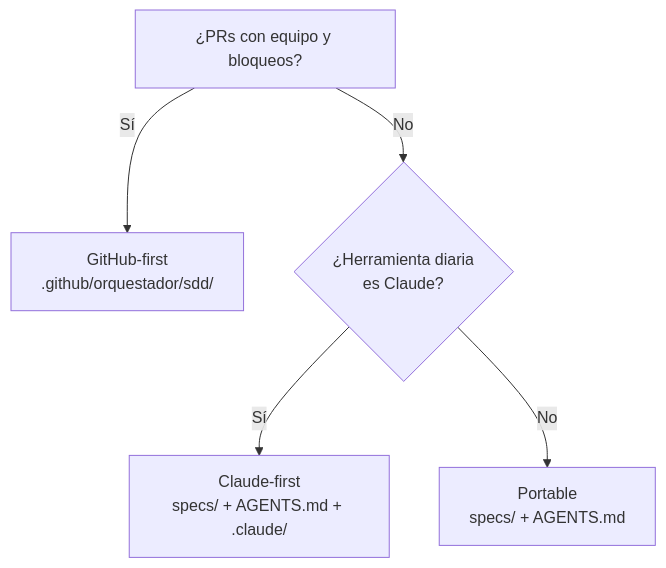
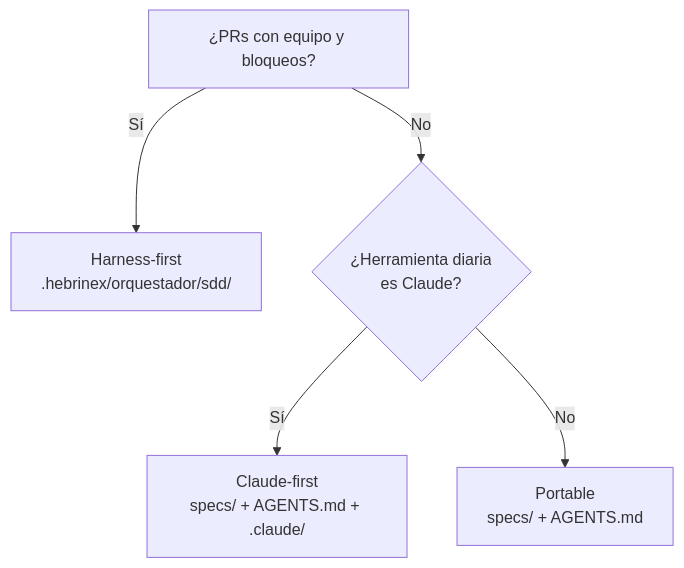
Before and after one commit to HebrineX/Hebri-AI-Structure: the diagram in biblia/vol-04-arquitectura-repo.md, drawn with Mermaid. The commit also changed other lines of this file and 16 other files, not shown here.

````diff
--- a/biblia/vol-04-arquitectura-repo.md
+++ b/biblia/vol-04-arquitectura-repo.md
@@ -99,7 +100,7 @@
 ```mermaid
 flowchart TD
-    A[¿PRs con equipo y bloqueos?] -->|Sí| B[GitHub-first<br/>.github/orquestador/sdd/]
+    A[¿PRs con equipo y bloqueos?] -->|Sí| B[Harness-first<br/>.hebrinex/orquestador/sdd/]
     A -->|No| C{¿Herramienta diaria<br/>es Claude?}
     C -->|Sí| D[Claude-first<br/>specs/ + AGENTS.md + .claude/]
     C -->|No| E[Portable<br/>specs/ + AGENTS.md]
 ```
````
